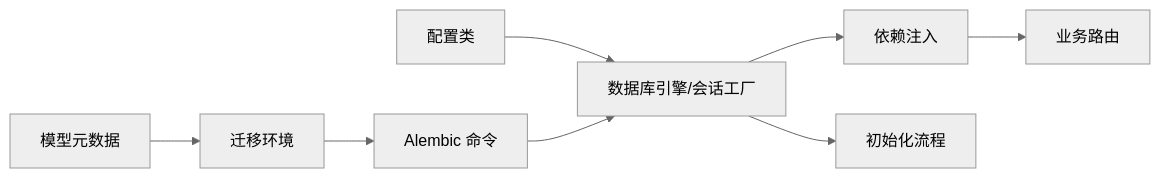
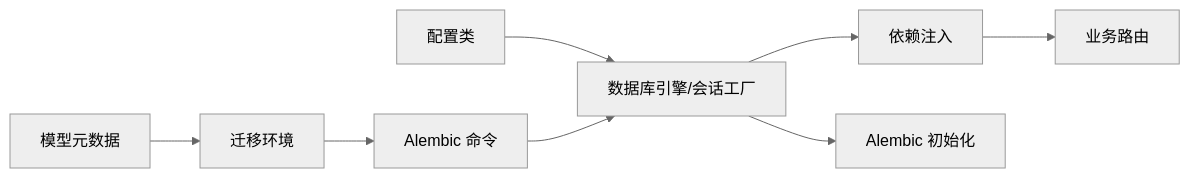
Before and after one commit to selectzhangyuan/AI-photo-coach: the sixth of 6 diagrams in .qoder/repowiki/zh/content/存储和缓存/数据库管理.md, drawn with Mermaid (neutral theme). The commit also changed other lines of this file and 29 other files, not shown here.

````diff
--- a/.qoder/repowiki/zh/content/存储和缓存/数据库管理.md
+++ b/.qoder/repowiki/zh/content/存储和缓存/数据库管理.md
@@ -354,10 +382,10 @@
 ```mermaid
 graph LR
 CFG["配置类"] --> DB["数据库引擎/会话工厂"]
 DB --> DEPS["依赖注入"]
-DB --> INIT["初始化流程"]
+DB --> INIT["Alembic 初始化"]
 MODELS["模型元数据"] --> ENV["迁移环境"]
 ENV --> ALEMBIC["Alembic 命令"]
 ALEMBIC --> DB
 DEPS --> ROUTERS["业务路由"]
 ```
````
